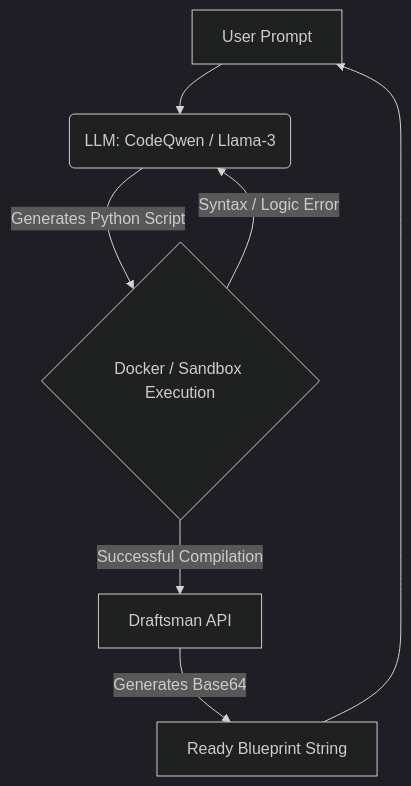
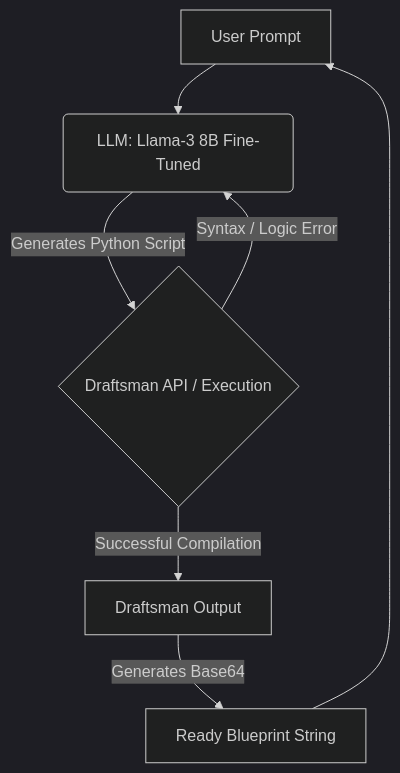
Before and after one commit to CuteZerg/FactorioLLM: the diagram in README.md, drawn with Mermaid (dark theme). The commit also changed other lines of this file and 1 other file, not shown here.

````diff
--- a/README.md
+++ b/README.md
@@ -30,9 +30,9 @@
 ```mermaid
 graph TD;
-    A[User Prompt] --> B(LLM: CodeQwen / Llama-3);
-    B -->|Generates Python Script| C{Docker / Sandbox Execution};
+    A[User Prompt] --> B(LLM: Llama-3 8B Fine-Tuned);
+    B -->|Generates Python Script| C{Draftsman API / Execution};
     C -->|Syntax / Logic Error| B;
-    C -->|Successful Compilation| D[Draftsman API];
+    C -->|Successful Compilation| D[Draftsman Output];
     D -->|Generates Base64| E[Ready Blueprint String];
     E --> A;
 ```
````
